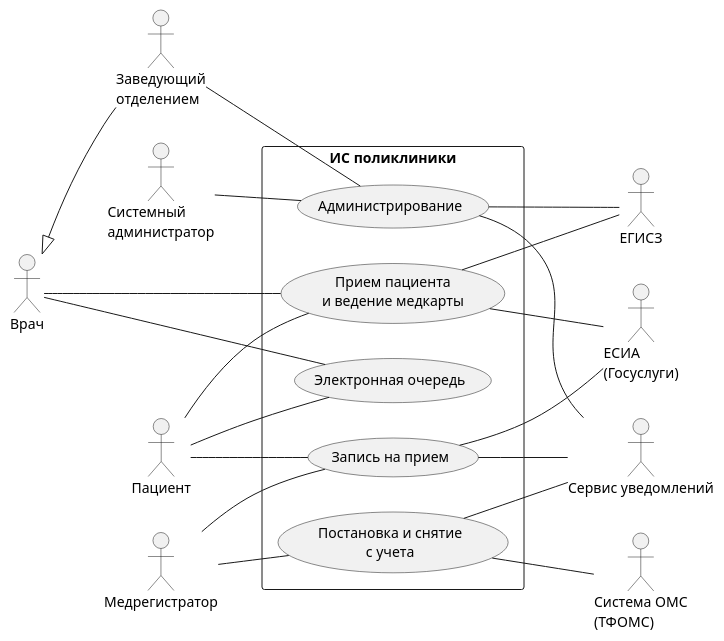
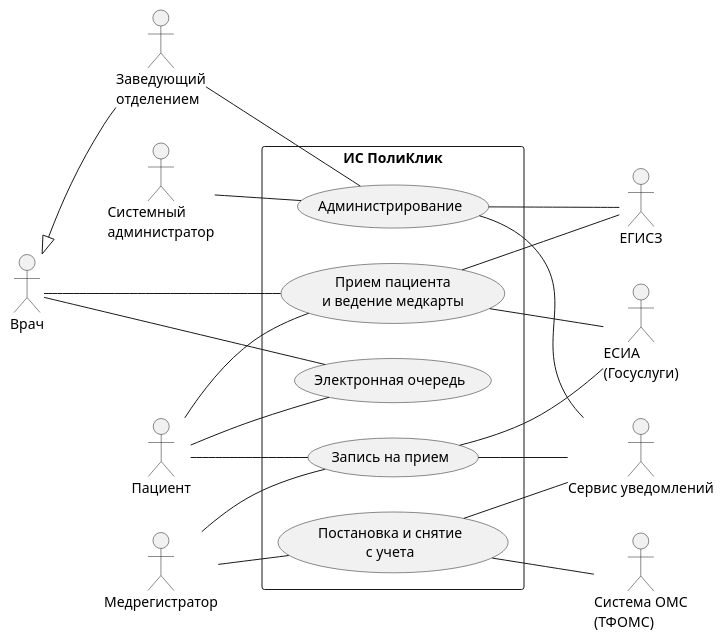
Before and after one commit to penamarth/bsbo-11-24_team3_var3_clinic: the first of 2 diagrams in Прецеденты/Диаграмма прецедентов.md, drawn with PlantUML. The commit also changed other lines of this file and 2 other files, not shown here.

Commit message:
название системы: ПолиКлик

````diff
--- a/Прецеденты/Диаграмма прецедентов.md
+++ b/Прецеденты/Диаграмма прецедентов.md
@@ -5,57 +5,57 @@
 ```plantuml
 @startuml
 skinparam packageStyle rect
 left to right direction
 
 together {
 :Врач:
 :Заведующий\nотделением:
 }
 :Пациент:
 :Медрегистратор:
 :Системный\nадминистратор:
 
 :Заведующий\nотделением: -up-|> :Врач:
 
-package "ИС поликлиники" {
+package "ИС ПолиКлик" {
 
 (Администрирование)
 (Прием пациента\nи ведение медкарты)
 (Электронная очередь)
 (Запись на прием)
 (Постановка и снятие\nс учета)
 
 }
 
 :Пациент: -- (Запись на прием)
 :Пациент: -- (Электронная очередь)
 :Пациент: -- (Прием пациента\nи ведение медкарты)
 
 :Медрегистратор: -- (Запись на прием)
 :Медрегистратор: -- (Постановка и снятие\nс учета)
 
 :Врач: -- (Электронная очередь)
 :Врач: -- (Прием пациента\nи ведение медкарты)
 
 :Заведующий\nотделением: -- (Администрирование)
 :Системный\nадминистратор: -- (Администрирование)
 
 :Система ОМС\n(ТФОМС):
 :ЕСИА\n(Госуслуги):
 :Сервис уведомлений:
 :ЕГИСЗ:
 
 (Постановка и снятие\nс учета) -- :Система ОМС\n(ТФОМС):
 
 (Запись на прием) -- :ЕСИА\n(Госуслуги):
 (Прием пациента\nи ведение медкарты) -- :ЕСИА\n(Госуслуги):
 
 (Запись на прием) -- :Сервис уведомлений:
 (Постановка и снятие\nс учета) -- :Сервис уведомлений:
 (Администрирование) -- :Сервис уведомлений:
 
 (Прием пациента\nи ведение медкарты) -- :ЕГИСЗ:
 (Администрирование) -- :ЕГИСЗ:
 
 @enduml
 ```
````
